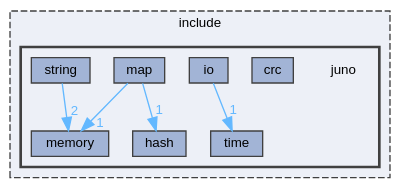
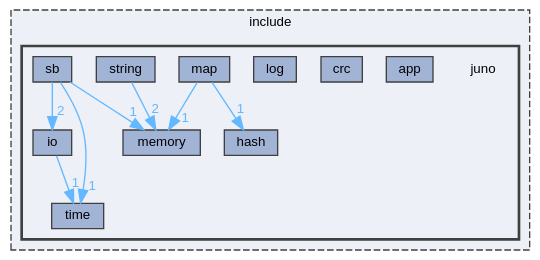
One commit to robinonsay/libjuno changed the diagram in dir_366da5caa8e7ec3e54d94764b6f022bc_dep.dot. Above: the diagram before and after it, drawn with Graphviz. The commit also changed 227 other files, not shown here.

```diff
--- a/dir_366da5caa8e7ec3e54d94764b6f022bc_dep.dot
+++ b/dir_366da5caa8e7ec3e54d94764b6f022bc_dep.dot
@@ -1,26 +1,32 @@
 digraph "/home/runner/work/libjuno/libjuno/include/juno"
 {
  // LATEX_PDF_SIZE
   bgcolor="transparent";
   edge [fontname=Helvetica,fontsize=10,labelfontname=Helvetica,labelfontsize=10];
   node [fontname=Helvetica,fontsize=10,shape=box,height=0.2,width=0.4];
   compound=true
   subgraph clusterdir_d44c64559bbebec7f509842c48db8b23 {
     graph [ bgcolor="#edf0f7", pencolor="grey25", label="include", fontname=Helvetica,fontsize=10 style="filled,dashed", URL="dir_d44c64559bbebec7f509842c48db8b23.html",tooltip=""]
   subgraph clusterdir_366da5caa8e7ec3e54d94764b6f022bc {
     graph [ bgcolor="#edf0f7", pencolor="grey25", label="", fontname=Helvetica,fontsize=10 style="filled,bold", URL="dir_366da5caa8e7ec3e54d94764b6f022bc.html",tooltip=""]
     dir_366da5caa8e7ec3e54d94764b6f022bc [shape=plaintext, label="juno"];
+  dir_ea3a8427487b97ef3e7ab80966e647b0 [label="app", fillcolor="#a2b4d6", color="grey25", style="filled", URL="dir_ea3a8427487b97ef3e7ab80966e647b0.html",tooltip=""];
   dir_ef6da05dc0c67d385894f0e12ffbb82b [label="crc", fillcolor="#a2b4d6", color="grey25", style="filled", URL="dir_ef6da05dc0c67d385894f0e12ffbb82b.html",tooltip=""];
   dir_19d249a700c11f44389cb05327db4a5b [label="hash", fillcolor="#a2b4d6", color="grey25", style="filled", URL="dir_19d249a700c11f44389cb05327db4a5b.html",tooltip=""];
   dir_2214acb517c776811661c93fb7ef90d4 [label="io", fillcolor="#a2b4d6", color="grey25", style="filled", URL="dir_2214acb517c776811661c93fb7ef90d4.html",tooltip=""];
+  dir_11c3f99e4b1d38bfc7e28e7b668b733a [label="log", fillcolor="#a2b4d6", color="grey25", style="filled", URL="dir_11c3f99e4b1d38bfc7e28e7b668b733a.html",tooltip=""];
   dir_7d134b198f51d759fae4dbc0397c07cc [label="map", fillcolor="#a2b4d6", color="grey25", style="filled", URL="dir_7d134b198f51d759fae4dbc0397c07cc.html",tooltip=""];
   dir_0ab7105f8cccca84cc3ec63bc4b5970d [label="memory", fillcolor="#a2b4d6", color="grey25", style="filled", URL="dir_0ab7105f8cccca84cc3ec63bc4b5970d.html",tooltip=""];
+  dir_a9edbd5fb0b74fbe5ba0514afbd43adb [label="sb", fillcolor="#a2b4d6", color="grey25", style="filled", URL="dir_a9edbd5fb0b74fbe5ba0514afbd43adb.html",tooltip=""];
   dir_1ee06b418de2fbaa3d5b1443d2d582cb [label="string", fillcolor="#a2b4d6", color="grey25", style="filled", URL="dir_1ee06b418de2fbaa3d5b1443d2d582cb.html",tooltip=""];
   dir_f7826cb483c41652a57f47c29e86de5a [label="time", fillcolor="#a2b4d6", color="grey25", style="filled", URL="dir_f7826cb483c41652a57f47c29e86de5a.html",tooltip=""];
   }
   }
-  dir_2214acb517c776811661c93fb7ef90d4->dir_f7826cb483c41652a57f47c29e86de5a [headlabel="1", labeldistance=1.5 headhref="dir_000004_000010.html" href="dir_000004_000010.html" color="steelblue1" fontcolor="steelblue1"];
-  dir_7d134b198f51d759fae4dbc0397c07cc->dir_0ab7105f8cccca84cc3ec63bc4b5970d [headlabel="1", labeldistance=1.5 headhref="dir_000006_000007.html" href="dir_000006_000007.html" color="steelblue1" fontcolor="steelblue1"];
-  dir_7d134b198f51d759fae4dbc0397c07cc->dir_19d249a700c11f44389cb05327db4a5b [headlabel="1", labeldistance=1.5 headhref="dir_000006_000002.html" href="dir_000006_000002.html" color="steelblue1" fontcolor="steelblue1"];
-  dir_1ee06b418de2fbaa3d5b1443d2d582cb->dir_0ab7105f8cccca84cc3ec63bc4b5970d [headlabel="2", labeldistance=1.5 headhref="dir_000009_000007.html" href="dir_000009_000007.html" color="steelblue1" fontcolor="steelblue1"];
+  dir_2214acb517c776811661c93fb7ef90d4->dir_f7826cb483c41652a57f47c29e86de5a [headlabel="1", labeldistance=1.5 headhref="dir_000005_000013.html" href="dir_000005_000013.html" color="steelblue1" fontcolor="steelblue1"];
+  dir_7d134b198f51d759fae4dbc0397c07cc->dir_0ab7105f8cccca84cc3ec63bc4b5970d [headlabel="1", labeldistance=1.5 headhref="dir_000008_000009.html" href="dir_000008_000009.html" color="steelblue1" fontcolor="steelblue1"];
+  dir_7d134b198f51d759fae4dbc0397c07cc->dir_19d249a700c11f44389cb05327db4a5b [headlabel="1", labeldistance=1.5 headhref="dir_000008_000003.html" href="dir_000008_000003.html" color="steelblue1" fontcolor="steelblue1"];
+  dir_a9edbd5fb0b74fbe5ba0514afbd43adb->dir_0ab7105f8cccca84cc3ec63bc4b5970d [headlabel="1", labeldistance=1.5 headhref="dir_000010_000009.html" href="dir_000010_000009.html" color="steelblue1" fontcolor="steelblue1"];
+  dir_a9edbd5fb0b74fbe5ba0514afbd43adb->dir_2214acb517c776811661c93fb7ef90d4 [headlabel="2", labeldistance=1.5 headhref="dir_000010_000005.html" href="dir_000010_000005.html" color="steelblue1" fontcolor="steelblue1"];
+  dir_a9edbd5fb0b74fbe5ba0514afbd43adb->dir_f7826cb483c41652a57f47c29e86de5a [headlabel="1", labeldistance=1.5 headhref="dir_000010_000013.html" href="dir_000010_000013.html" color="steelblue1" fontcolor="steelblue1"];
+  dir_1ee06b418de2fbaa3d5b1443d2d582cb->dir_0ab7105f8cccca84cc3ec63bc4b5970d [headlabel="2", labeldistance=1.5 headhref="dir_000012_000009.html" href="dir_000012_000009.html" color="steelblue1" fontcolor="steelblue1"];
 }
```
